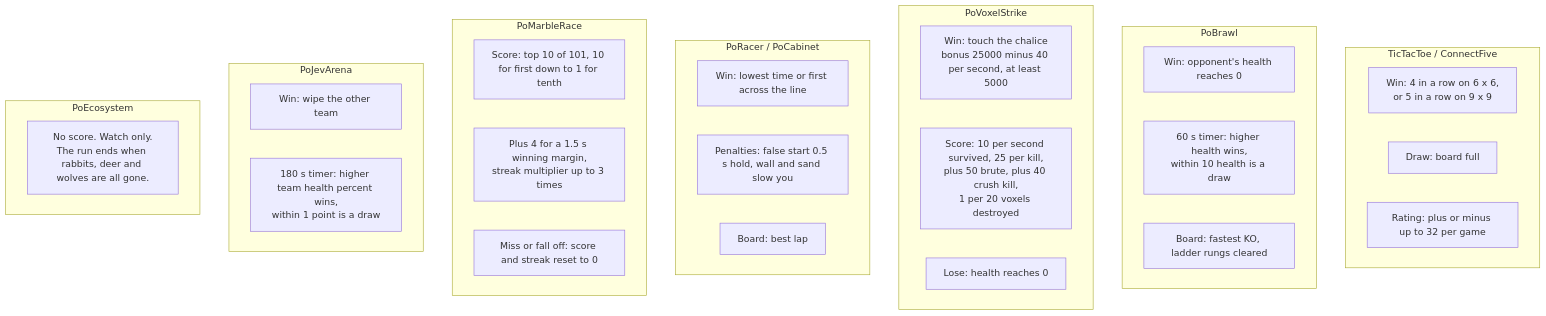
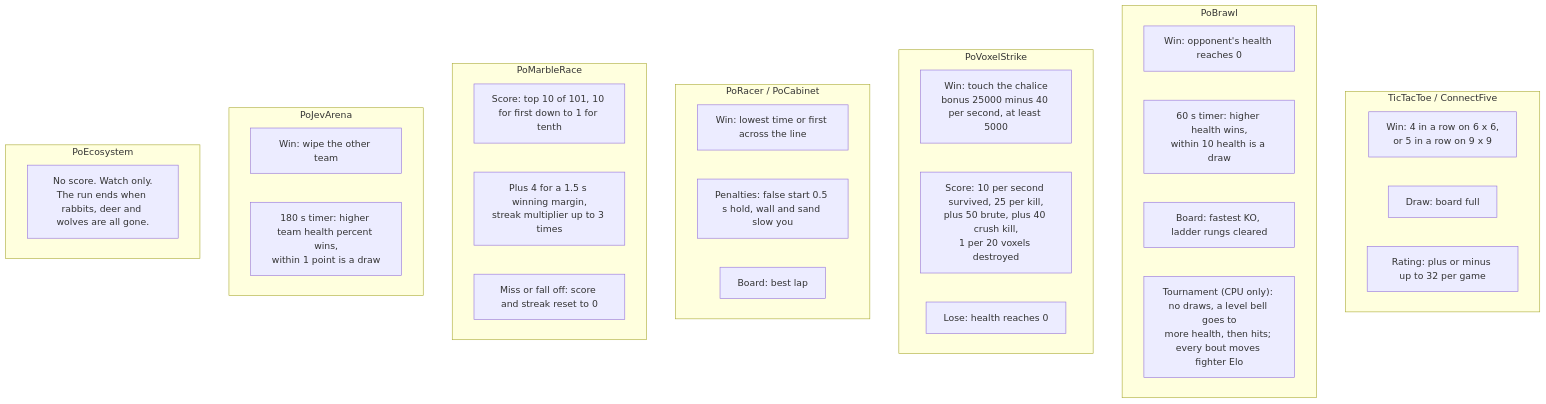
Before and after one commit to punkouter26/PoMiniGames: the eighth of 10 diagrams in DOCS/20261003/architecture_overview.md, drawn with Mermaid. The commit also changed other lines of this file and 41 other files, not shown here.

````diff
--- a/DOCS/20261003/architecture_overview.md
+++ b/DOCS/20261003/architecture_overview.md
@@ -248,35 +248,36 @@
 ```mermaid
 flowchart TB
     subgraph Board["TicTacToe / ConnectFive"]
         bw["Win: 4 in a row on 6 x 6,<br/>or 5 in a row on 9 x 9"]
         bd["Draw: board full"]
         be["Rating: plus or minus up to 32 per game"]
     end
     subgraph Brawl["PoBrawl"]
         pw["Win: opponent's health reaches 0"]
         pt["60 s timer: higher health wins,<br/>within 10 health is a draw"]
         pl["Board: fastest KO, ladder rungs cleared"]
+        pc["Tournament (CPU only): no draws, a level bell goes to<br/>more health, then hits; every bout moves fighter Elo"]
     end
     subgraph Voxel["PoVoxelStrike"]
         vw["Win: touch the chalice<br/>bonus 25000 minus 40 per second, at least 5000"]
         vs["Score: 10 per second survived, 25 per kill,<br/>plus 50 brute, plus 40 crush kill,<br/>1 per 20 voxels destroyed"]
         vl["Lose: health reaches 0"]
     end
     subgraph Race["PoRacer / PoCabinet"]
         rw["Win: lowest time or first across the line"]
         rp["Penalties: false start 0.5 s hold, wall and sand slow you"]
         rb["Board: best lap"]
     end
     subgraph Marble["PoMarbleRace"]
         mw["Score: top 10 of 101, 10 for first down to 1 for tenth"]
         mb["Plus 4 for a 1.5 s winning margin,<br/>streak multiplier up to 3 times"]
         ml["Miss or fall off: score and streak reset to 0"]
     end
     subgraph Arena["PoJevArena"]
         aw["Win: wipe the other team"]
         at["180 s timer: higher team health percent wins,<br/>within 1 point is a draw"]
     end
     subgraph Eco["PoEcosystem"]
         ew["No score. Watch only.<br/>The run ends when rabbits, deer and wolves are all gone."]
     end
 ```
````
